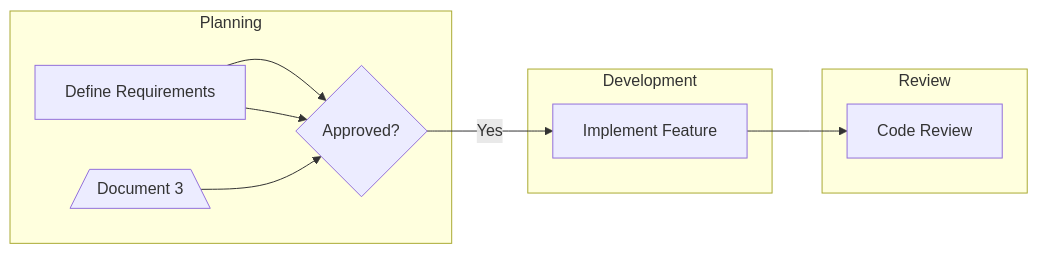
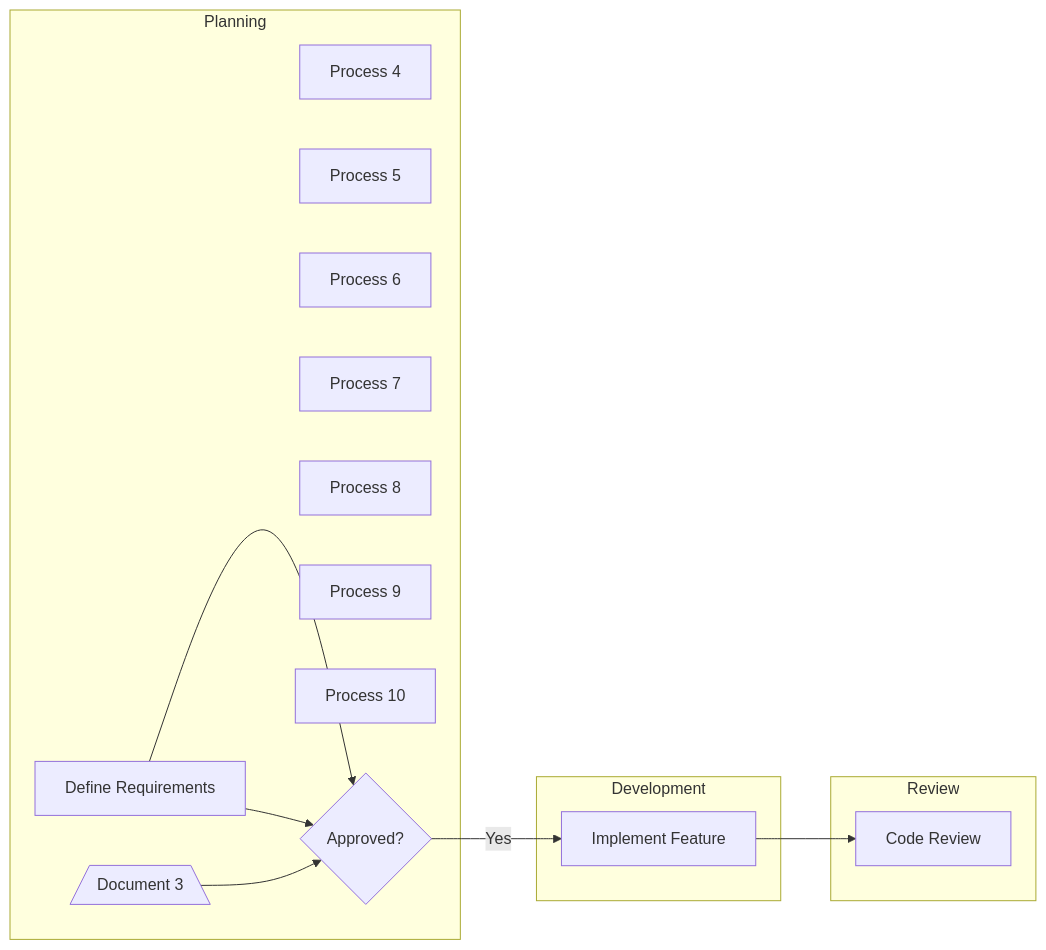
The diagram in mmd/123_b288880a-82c6-4177-9391-227a1f2c715c.mmd (pingpm/mermaid_vault), drawn with Mermaid before and after one commit. The commit also changed 2 other files, not shown here.

Commit message:
Sync Mermaid Studio data (11 diagrams)

```diff
--- a/mmd/123_b288880a-82c6-4177-9391-227a1f2c715c.mmd
+++ b/mmd/123_b288880a-82c6-4177-9391-227a1f2c715c.mmd
@@ -1,17 +1,24 @@
 graph LR
   subgraph lane_lane_2["Development"]
     t_task_3["Implement Feature"]
   end
   subgraph lane_lane_1["Planning"]
+    t_b7e05607_050d_42ed_8f8a_76b35820d277["Process 4"]
+    t_83d23f42_fcdf_4d59_99a8_0b1577cb1d8b["Process 5"]
+    t_fd98ccdd_eadf_4019_b7b0_028227e9435c["Process 6"]
+    t_f4269c14_ed96_4562_9fe2_0f971517948b["Process 7"]
+    t_3cf13b7f_7c3b_4424_9c24_b800ccfa169f["Process 8"]
+    t_2ac99c38_e696_4853_a47d_a35b97ec865d["Process 9"]
+    t_d79b1747_db95_470a_96c2_e47dd4144b9b["Process 10"]
     t_task_1["Define Requirements"]
     t_task_2{"Approved?"}
     t_69f290e6_49fe_4997_a1c0_d3876c8f9e58[/"Document 3"\]
   end
   subgraph lane_lane_3["Review"]
     t_task_4["Code Review"]
   end
   t_task_1 --> t_task_2
   t_task_2 -->|"Yes"| t_task_3
   t_task_3 --> t_task_4
   t_69f290e6_49fe_4997_a1c0_d3876c8f9e58 --> t_task_2
   t_task_1 --> t_task_2
```
